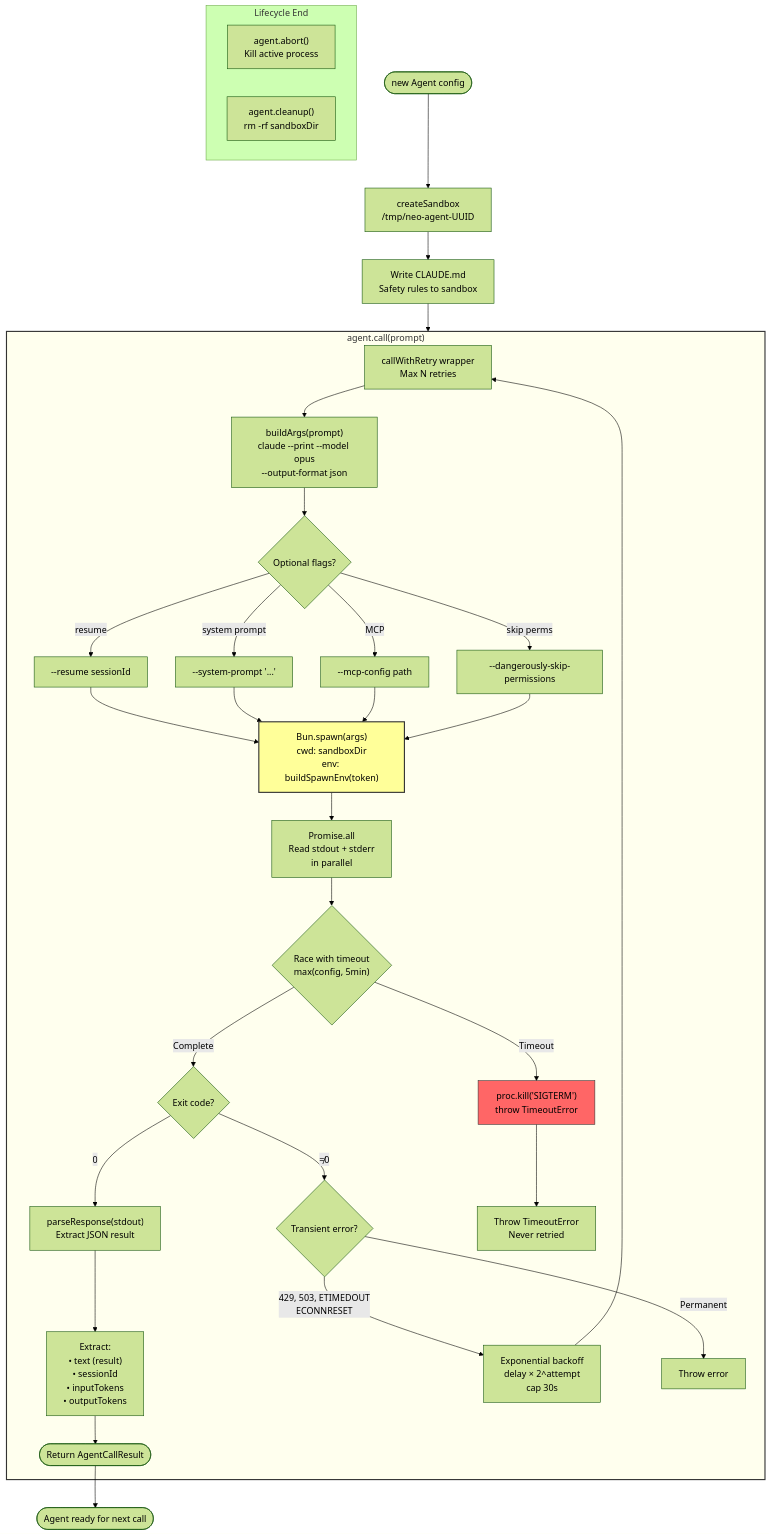
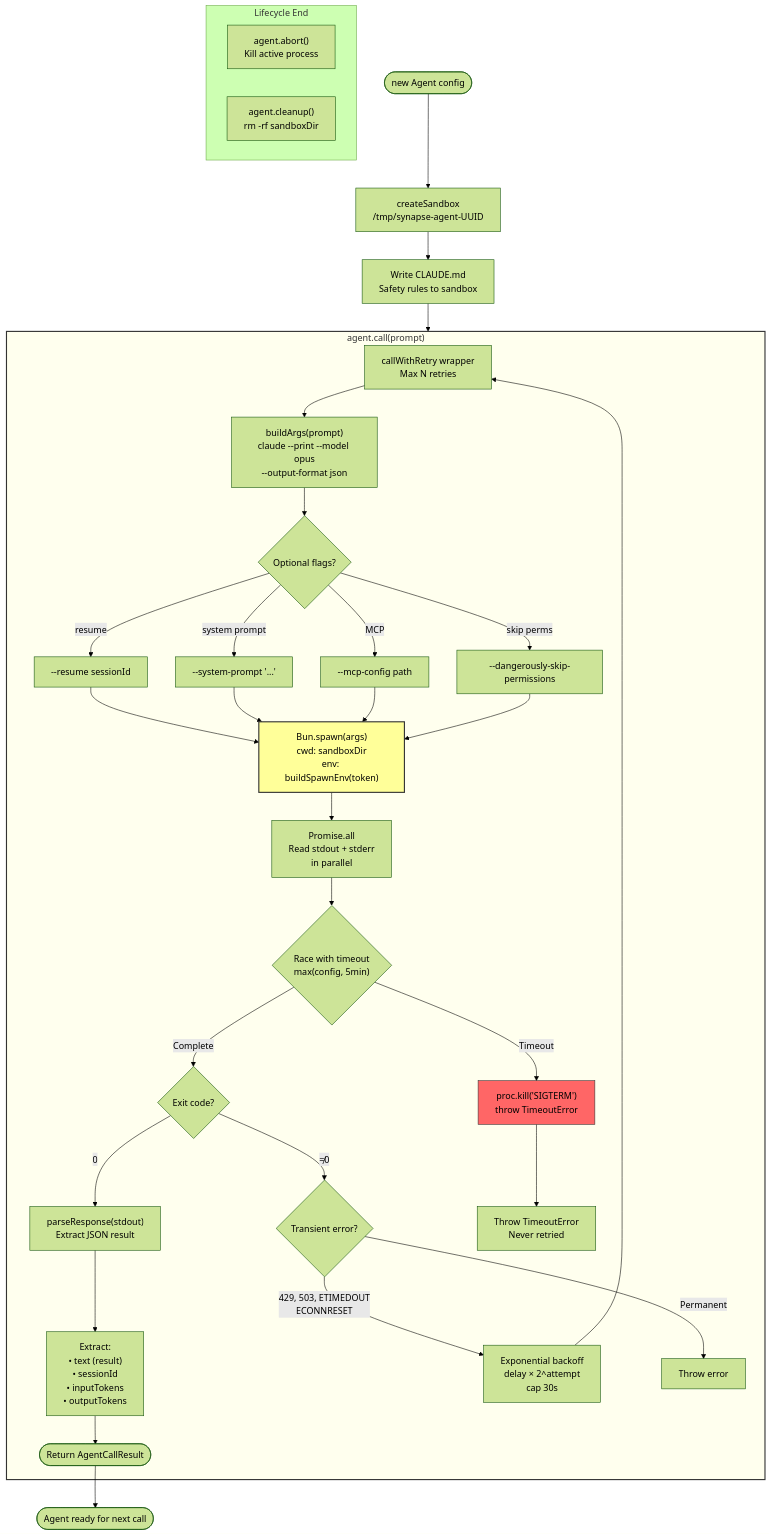
One commit to egeominotti/Synapse changed the fourth of 12 diagrams in docs/ARCHITECTURE.md. Above: the diagram before and after it, drawn with Mermaid (forest theme). The commit also changed other lines of this file and 19 other files, not shown here.

First line of the commit message:
Rename project from Neo to Synapse: new branding, logo, and README

````diff
--- a/docs/ARCHITECTURE.md
+++ b/docs/ARCHITECTURE.md
@@ -216,55 +216,55 @@
 ```mermaid
 flowchart TD
-    CREATE([new Agent config]) --> SANDBOX[createSandbox<br/>/tmp/neo-agent-UUID]
+    CREATE([new Agent config]) --> SANDBOX[createSandbox<br/>/tmp/synapse-agent-UUID]
     SANDBOX --> WRITE_RULES[Write CLAUDE.md<br/>Safety rules to sandbox]
 
     subgraph CALL["agent.call(prompt)"]
         RETRY_WRAPPER[callWithRetry wrapper<br/>Max N retries] --> BUILD_ARGS
 
         BUILD_ARGS["buildArgs(prompt)<br/>claude --print --model opus<br/>--output-format json"] --> ADD_FLAGS
 
         ADD_FLAGS{Optional flags?}
         ADD_FLAGS -->|resume| ADD_RESUME["--resume sessionId"]
         ADD_FLAGS -->|system prompt| ADD_SYSTEM["--system-prompt '...'"]
         ADD_FLAGS -->|MCP| ADD_MCP["--mcp-config path"]
         ADD_FLAGS -->|skip perms| ADD_SKIP["--dangerously-skip-permissions"]
 
         ADD_RESUME --> SPAWN
         ADD_SYSTEM --> SPAWN
         ADD_MCP --> SPAWN
         ADD_SKIP --> SPAWN
 
         SPAWN["Bun.spawn(args)<br/>cwd: sandboxDir<br/>env: buildSpawnEnv(token)"] --> PARALLEL
 
         PARALLEL["Promise.all<br/>Read stdout + stderr<br/>in parallel"] --> RACE
 
         RACE{"Race with timeout<br/>max(config, 5min)"}
         RACE -->|Timeout| KILL["proc.kill('SIGTERM')<br/>throw TimeoutError"]
         RACE -->|Complete| EXIT_CODE{Exit code?}
 
         EXIT_CODE -->|0| PARSE["parseResponse(stdout)<br/>Extract JSON result"]
         EXIT_CODE -->|≠0| CHECK_TRANSIENT{Transient error?}
 
         PARSE --> EXTRACT["Extract:<br/>• text (result)<br/>• sessionId<br/>• inputTokens<br/>• outputTokens"]
         EXTRACT --> RETURN([Return AgentCallResult])
 
         CHECK_TRANSIENT -->|"429, 503, ETIMEDOUT<br/>ECONNRESET"| BACKOFF["Exponential backoff<br/>delay × 2^attempt<br/>cap 30s"]
         CHECK_TRANSIENT -->|Permanent| THROW[Throw error]
 
         BACKOFF --> RETRY_WRAPPER
 
         KILL --> THROW_TIMEOUT[Throw TimeoutError<br/>Never retried]
     end
 
     subgraph CLEANUP["Lifecycle End"]
         ABORT["agent.abort()<br/>Kill active process"]
         CLEAN["agent.cleanup()<br/>rm -rf sandboxDir"]
     end
 
     WRITE_RULES --> CALL
     RETURN --> DONE([Agent ready for next call])
 
     style CALL fill:#ffe,stroke:#333,stroke-width:2px
     style SPAWN fill:#ff9,stroke:#333,stroke-width:2px
     style KILL fill:#f66,stroke:#333
 ```
````
